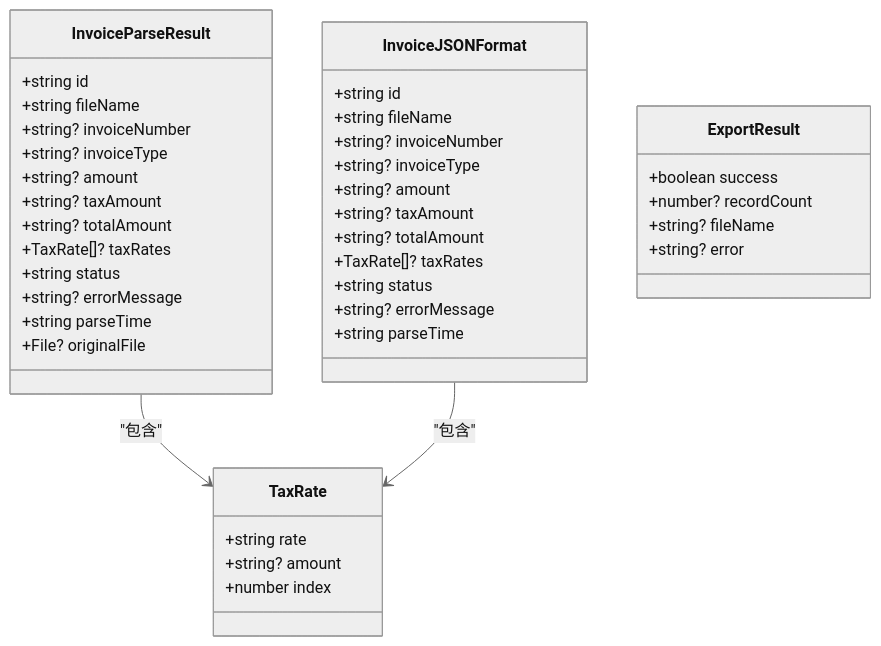
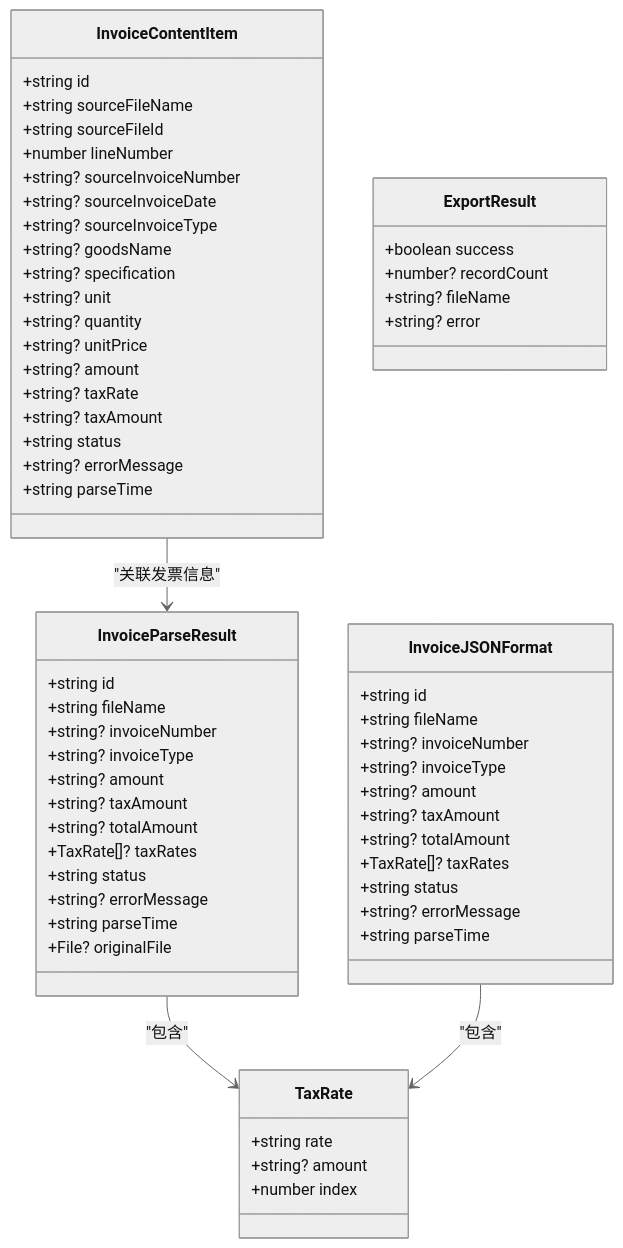
One commit to dunhuixiao/FinanceTools changed the third of 6 diagrams in .qoder/repowiki/zh/content/数据导出功能.md. Above: the diagram before and after it, drawn with Mermaid (neutral theme). The commit also changed other lines of this file and 20 other files, not shown here.

````diff
--- a/.qoder/repowiki/zh/content/数据导出功能.md
+++ b/.qoder/repowiki/zh/content/数据导出功能.md
@@ -172,43 +223,64 @@
 ```mermaid
 classDiagram
 class InvoiceParseResult {
 +string id
 +string fileName
 +string? invoiceNumber
 +string? invoiceType
 +string? amount
 +string? taxAmount
 +string? totalAmount
 +TaxRate[]? taxRates
 +string status
 +string? errorMessage
 +string parseTime
 +File? originalFile
+}
+class InvoiceContentItem {
++string id
++string sourceFileName
++string sourceFileId
++number lineNumber
++string? sourceInvoiceNumber
++string? sourceInvoiceDate
++string? sourceInvoiceType
++string? goodsName
++string? specification
++string? unit
++string? quantity
++string? unitPrice
++string? amount
++string? taxRate
++string? taxAmount
++string status
++string? errorMessage
++string parseTime
 }
 class TaxRate {
 +string rate
 +string? amount
 +number index
 }
 class InvoiceJSONFormat {
 +string id
 +string fileName
 +string? invoiceNumber
 +string? invoiceType
 +string? amount
 +string? taxAmount
 +string? totalAmount
 +TaxRate[]? taxRates
 +string status
 +string? errorMessage
 +string parseTime
 }
 class ExportResult {
 +boolean success
 +number? recordCount
 +string? fileName
 +string? error
 }
 InvoiceParseResult --> TaxRate : "包含"
 InvoiceJSONFormat --> TaxRate : "包含"
+InvoiceContentItem --> InvoiceParseResult : "关联发票信息"
 ```
````
